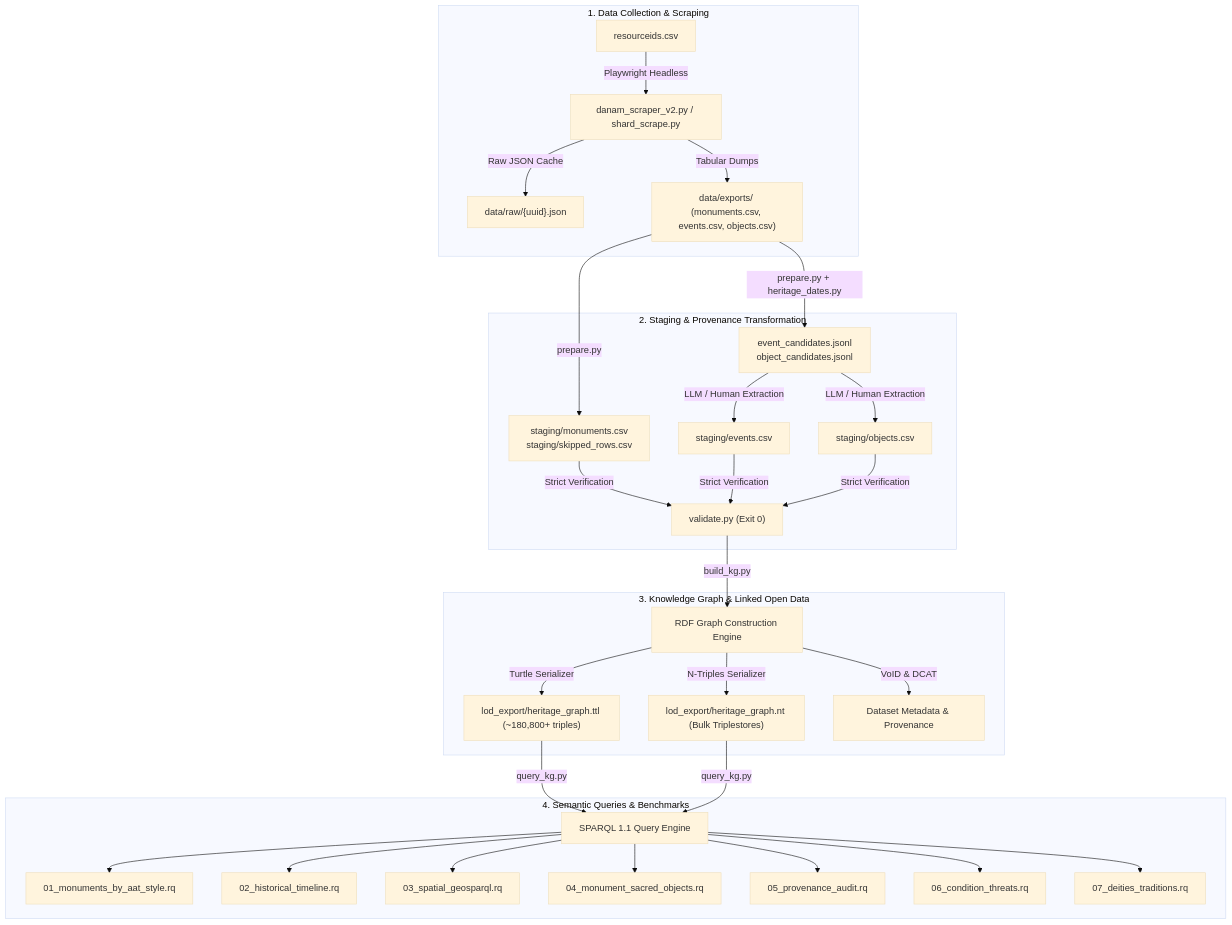
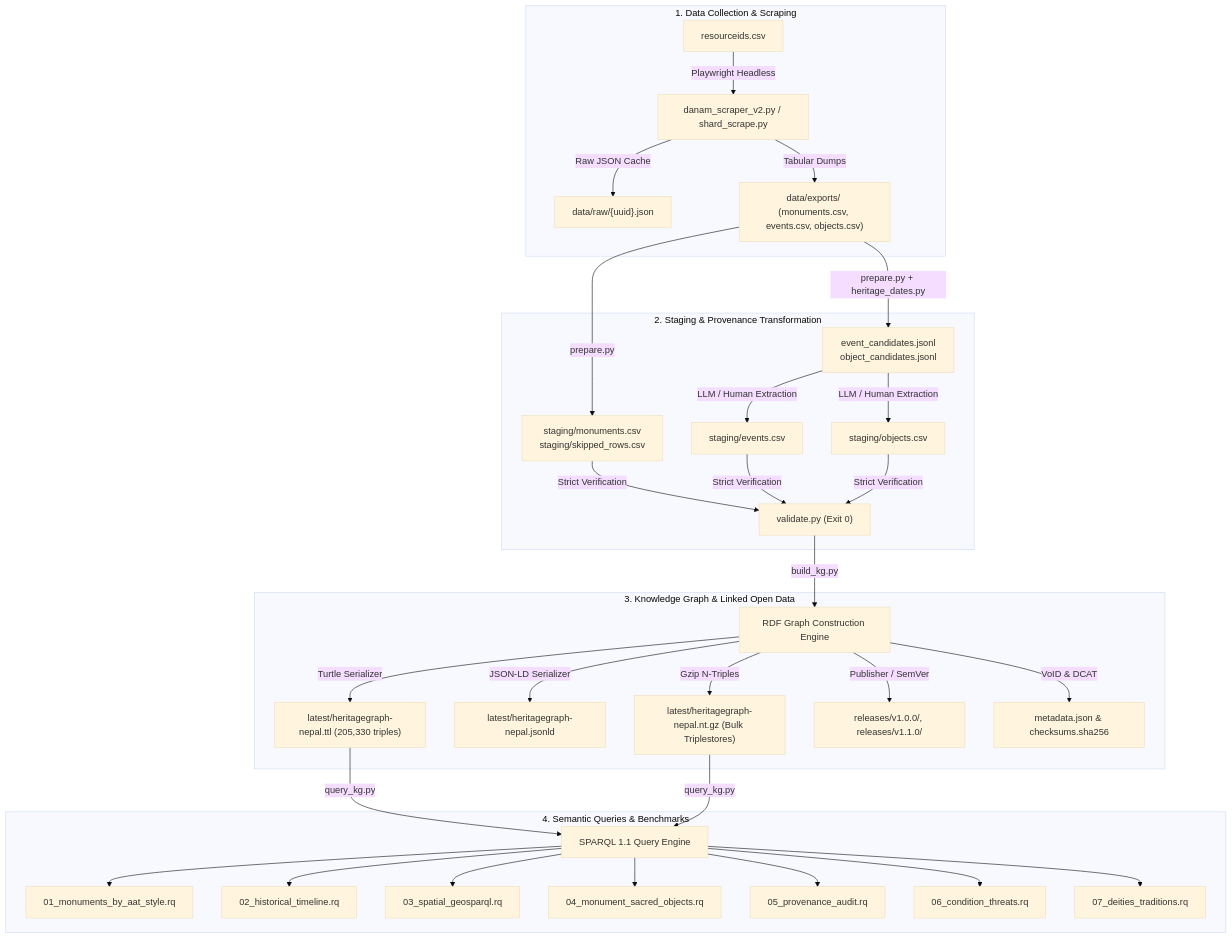
Before and after one commit to CAIRNepal/HeritageGraphDataset: the first of 2 diagrams in README.md, drawn with Mermaid (base theme). The commit also changed other lines of this file and 31 other files, not shown here.

Commit message:
feat: restructure dataset releases, align ontology v1.0.0, and add QA lifecycle

````diff
--- a/README.md
+++ b/README.md
@@ -35,34 +35,36 @@
 ```mermaid
 flowchart TD
     subgraph DataCollection["1. Data Collection & Scraping"]
         R[resourceids.csv] -->|Playwright Headless| Scraper[danam_scraper_v2.py / shard_scrape.py]
         Scraper -->|Raw JSON Cache| RawJSON["data/raw/{uuid}.json"]
         Scraper -->|Tabular Dumps| Exports["data/exports/ (monuments.csv, events.csv, objects.csv)"]
     end
 
     subgraph StagingPipeline["2. Staging & Provenance Transformation"]
         Exports -->|prepare.py| StagingPrep["staging/monuments.csv<br/>staging/skipped_rows.csv"]
         Exports -->|prepare.py + heritage_dates.py| Candidates["event_candidates.jsonl<br/>object_candidates.jsonl"]
         Candidates -->|LLM / Human Extraction| StagingEvents["staging/events.csv"]
         Candidates -->|LLM / Human Extraction| StagingObjects["staging/objects.csv"]
         StagingPrep & StagingEvents & StagingObjects -->|Strict Verification| Validator["validate.py (Exit 0)"]
     end
 
     subgraph KnowledgeGraph["3. Knowledge Graph & Linked Open Data"]
         Validator -->|build_kg.py| KGBuilder["RDF Graph Construction Engine"]
-        KGBuilder -->|Turtle Serializer| TTL["lod_export/heritage_graph.ttl (~180,800+ triples)"]
-        KGBuilder -->|N-Triples Serializer| NT["lod_export/heritage_graph.nt (Bulk Triplestores)"]
-        KGBuilder -->|VoID & DCAT| LODMeta["Dataset Metadata & Provenance"]
+        KGBuilder -->|Turtle Serializer| TTL["latest/heritagegraph-nepal.ttl (205,330 triples)"]
+        KGBuilder -->|JSON-LD Serializer| JSONLD["latest/heritagegraph-nepal.jsonld"]
+        KGBuilder -->|Gzip N-Triples| NT["latest/heritagegraph-nepal.nt.gz (Bulk Triplestores)"]
+        KGBuilder -->|Publisher / SemVer| Releases["releases/v1.0.0/, releases/v1.1.0/"]
+        KGBuilder -->|VoID & DCAT| LODMeta["metadata.json & checksums.sha256"]
     end
 
     subgraph SPARQLAnalytics["4. Semantic Queries & Benchmarks"]
         TTL & NT -->|query_kg.py| SPARQLRunner["SPARQL 1.1 Query Engine"]
         SPARQLRunner --> Q1["01_monuments_by_aat_style.rq"]
         SPARQLRunner --> Q2["02_historical_timeline.rq"]
         SPARQLRunner --> Q3["03_spatial_geosparql.rq"]
         SPARQLRunner --> Q4["04_monument_sacred_objects.rq"]
         SPARQLRunner --> Q5["05_provenance_audit.rq"]
         SPARQLRunner --> Q6["06_condition_threats.rq"]
         SPARQLRunner --> Q7["07_deities_traditions.rq"]
     end
 ```
````
